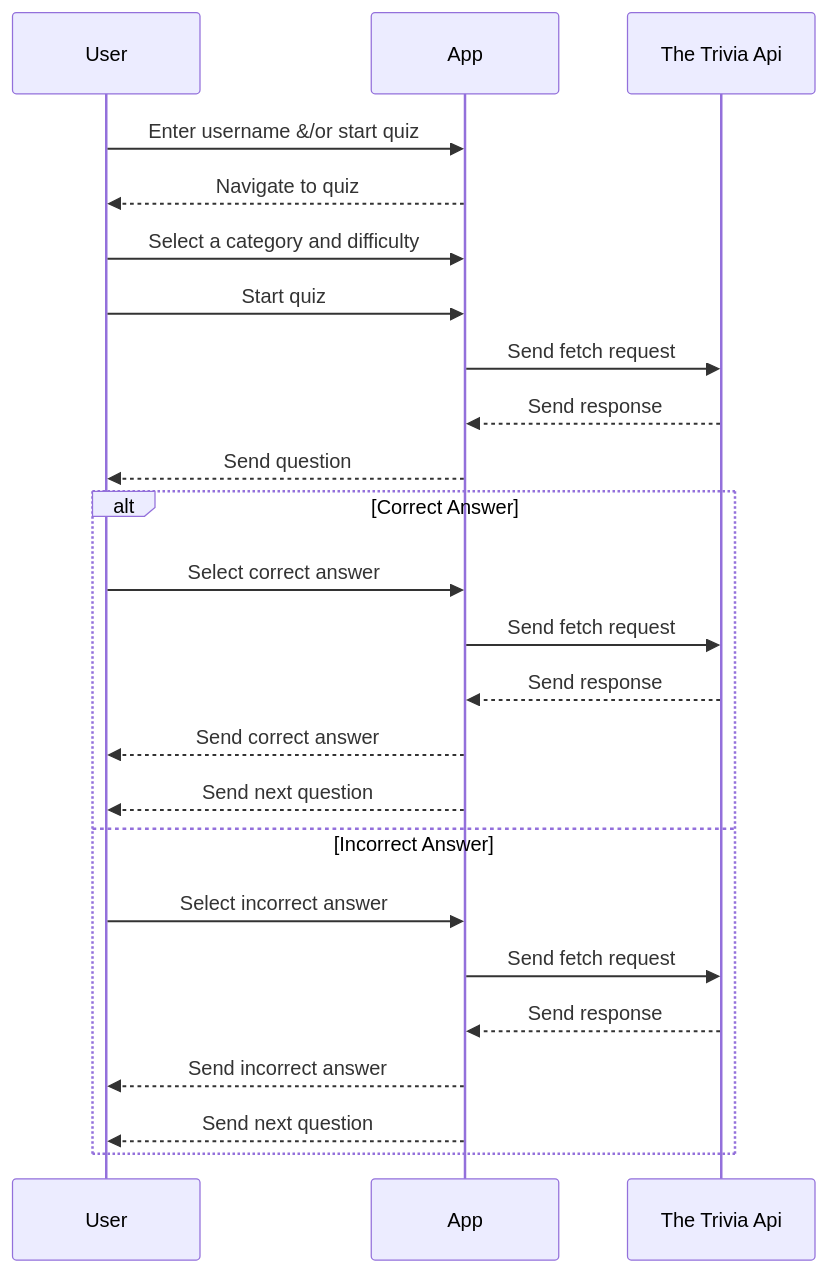
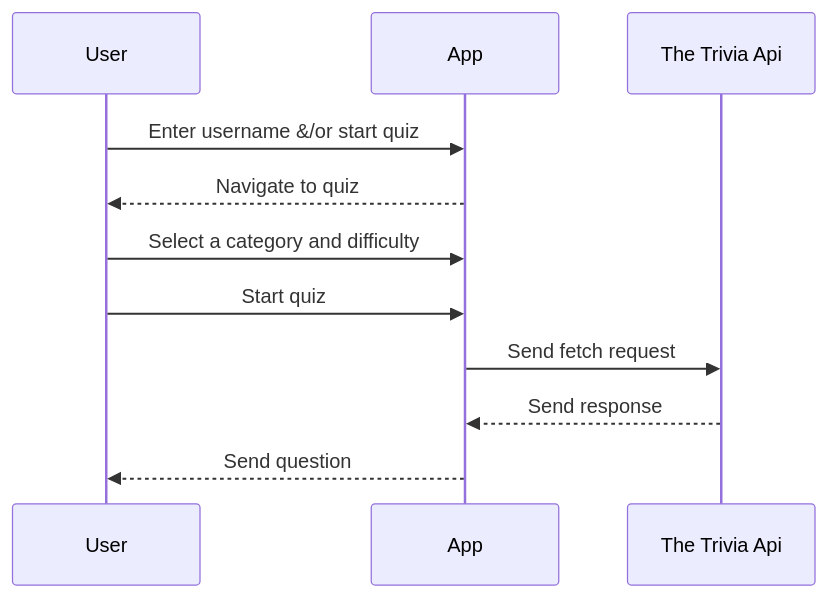
Before and after one commit to TheFullStackFred/fredrikstromberg-testing_typescipt-quiz_app: the diagram in src/sequenceDiagram.md, drawn with Mermaid.

Commit message:
started on uml diagram

````diff
--- a/src/sequenceDiagram.md
+++ b/src/sequenceDiagram.md
@@ -3,28 +3,16 @@
 ```mermaid
 sequenceDiagram
     participant  U as User
     participant A as App
     participant T as The Trivia Api
 
     U->>A: Enter username &/or start quiz
     A-->>U: Navigate to quiz
     U->>A: Select a category and difficulty
     U->>A: Start quiz
     A->>T: Send fetch request
     T-->>A: Send response
     A-->>U: Send question
 
-    alt Correct Answer
-        U->>A: Select correct answer
-        A->>T: Send fetch request
-        T-->>A: Send response
-        A-->>U: Send correct answer
-        A-->>U: Send next question
-    else Incorrect Answer
-        U->>A: Select incorrect answer
-        A->>T: Send fetch request
-        T-->>A: Send response
-        A-->>U: Send incorrect answer
-        A-->>U: Send next question
-    end
+
 ```
````
